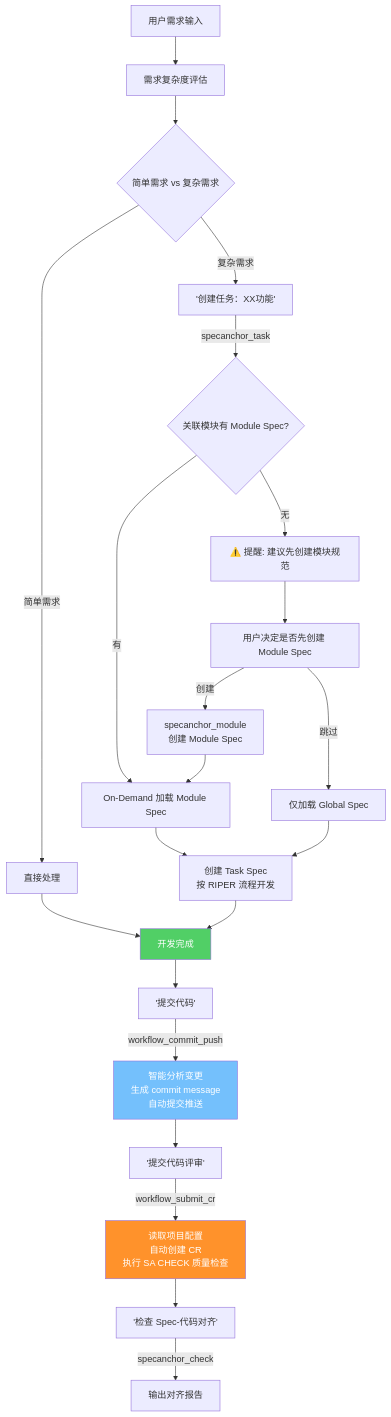
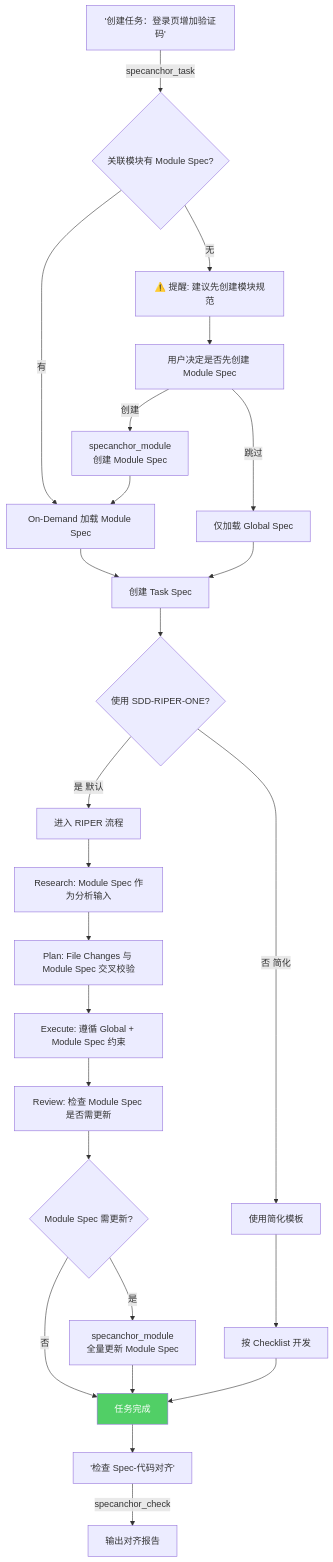
The fourth of 6 diagrams in FLOWCHART.md (linziyanleo/spec-anchor), drawn with Mermaid before and after one commit. The commit also changed other lines of this file and 1 other file, not shown here.

First line of the commit message:
docs: 更新 README 和 FLOWCHART 适配 Extension 架构

````diff
--- a/FLOWCHART.md
+++ b/FLOWCHART.md
@@ -105,34 +76,34 @@
 ```mermaid
 flowchart TD
-    A["用户需求输入"] --> B[需求复杂度评估]
-    B --> C{简单需求 vs 复杂需求}
+    A["'创建任务：登录页增加验证码'"] -->|specanchor_task| B{关联模块有 Module Spec?}
+    B -->|有| C[On-Demand 加载 Module Spec]
+    B -->|无| D["⚠️ 提醒: 建议先创建模块规范"]
+    D --> D2[用户决定是否先创建 Module Spec]
+    D2 -->|创建| M["specanchor_module<br/>创建 Module Spec"]
+    M --> C
+    D2 -->|跳过| C2[仅加载 Global Spec]
 
-    C -->|简单需求| D[直接处理]
-    C -->|复杂需求| E["'创建任务：XX功能'"]
+    C --> E[创建 Task Spec]
+    C2 --> E
+    E --> F{使用 SDD-RIPER-ONE?}
+    F -->|是 默认| G[进入 RIPER 流程]
+    F -->|否 简化| H[使用简化模板]
 
-    E -->|specanchor_task| F{关联模块有 Module Spec?}
-    F -->|有| G[On-Demand 加载 Module Spec]
-    F -->|无| H["⚠️ 提醒: 建议先创建模块规范"]
-    H --> H2[用户决定是否先创建 Module Spec]
-    H2 -->|创建| M["specanchor_module<br/>创建 Module Spec"]
-    M --> G
-    H2 -->|跳过| G2[仅加载 Global Spec]
+    G --> G1[Research: Module Spec 作为分析输入]
+    G1 --> G2[Plan: File Changes 与 Module Spec 交叉校验]
+    G2 --> G3[Execute: 遵循 Global + Module Spec 约束]
+    G3 --> G4[Review: 检查 Module Spec 是否需更新]
 
-    G --> I[创建 Task Spec<br/>按 RIPER 流程开发]
-    G2 --> I
-    D --> J[开发完成]
-    I --> J
+    H --> I[按 Checklist 开发]
 
-    J --> K["'提交代码'"]
-    K -->|workflow_commit_push| L[智能分析变更<br/>生成 commit message<br/>自动提交推送]
+    G4 --> J{Module Spec 需更新?}
+    J -->|是| K["specanchor_module<br/>全量更新 Module Spec"]
+    J -->|否| L[任务完成]
+    K --> L
+    I --> L
 
-    L --> N["'提交代码评审'"]
-    N -->|workflow_submit_cr| O[读取项目配置<br/>自动创建 CR<br/>执行 SA CHECK 质量检查]
+    L --> N["'检查 Spec-代码对齐'"]
+    N -->|specanchor_check| O[输出对齐报告]
 
-    O --> P["'检查 Spec-代码对齐'"]
-    P -->|specanchor_check| Q[输出对齐报告]
-
-    style J fill:#51cf66,color:#fff
-    style L fill:#74c0fc,color:#fff
-    style O fill:#ff922b,color:#fff
+    style L fill:#51cf66,color:#fff
 ```
````
